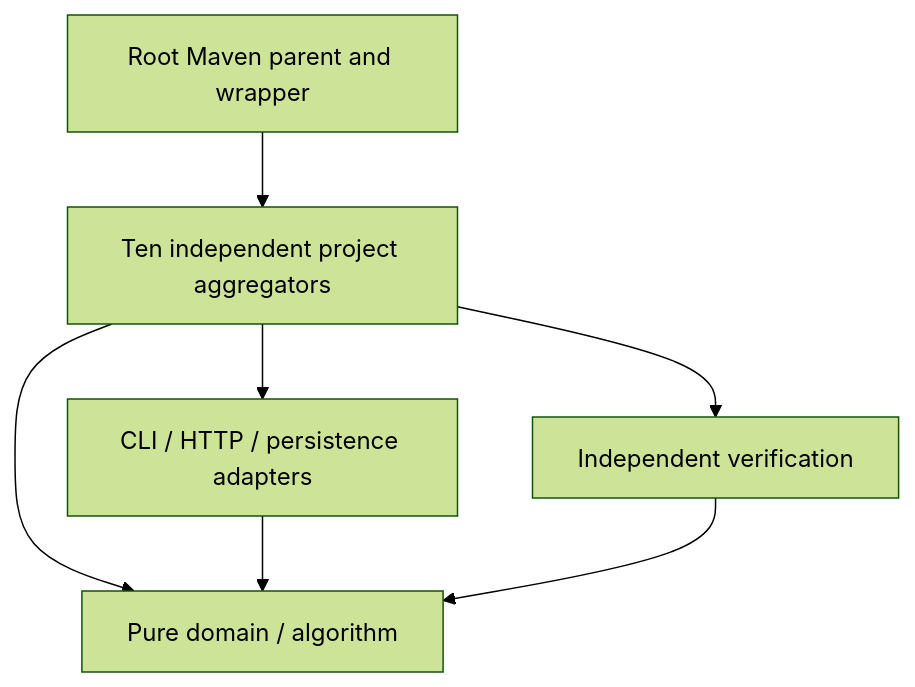
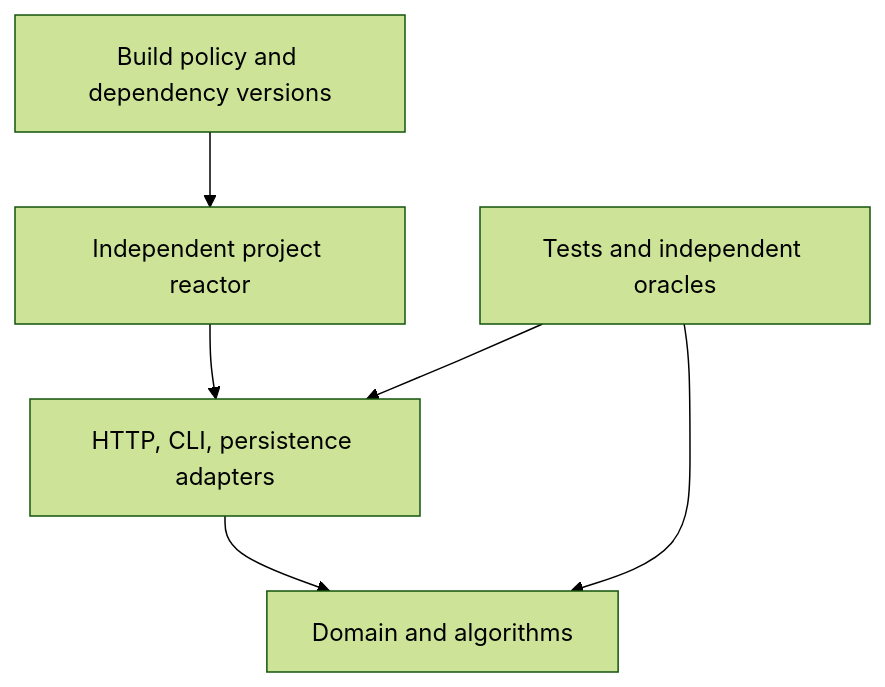
One commit to cheshmakzanoon-ops/Java-portfolio changed the diagram in docs/architecture.md. Above: the diagram before and after it, drawn with Mermaid (forest theme). The commit also changed other lines of this file and 316 other files, not shown here.

````diff
--- a/docs/architecture.md
+++ b/docs/architecture.md
@@ -5,9 +5,8 @@
 ```mermaid
 flowchart TD
- root[Root Maven parent and wrapper] --> a[Ten independent project aggregators]
- a --> domain[Pure domain / algorithm]
- a --> adapters[CLI / HTTP / persistence adapters]
- adapters --> domain
- a --> tests[Independent verification]
- tests --> domain
+    Parent[Build policy and dependency versions] --> Project[Independent project reactor]
+    Project --> Adapters[HTTP, CLI, persistence adapters]
+    Adapters --> Domain[Domain and algorithms]
+    Verification[Tests and independent oracles] --> Domain
+    Verification --> Adapters
 ```
````
